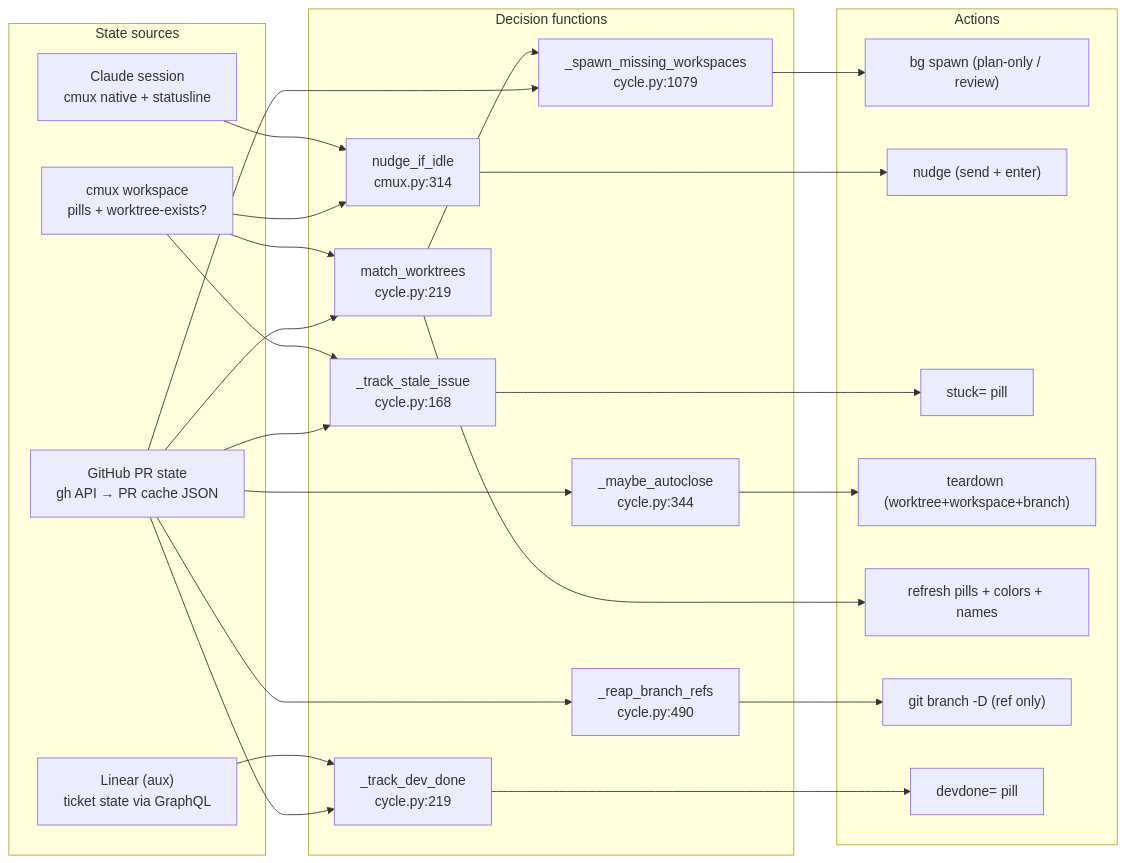
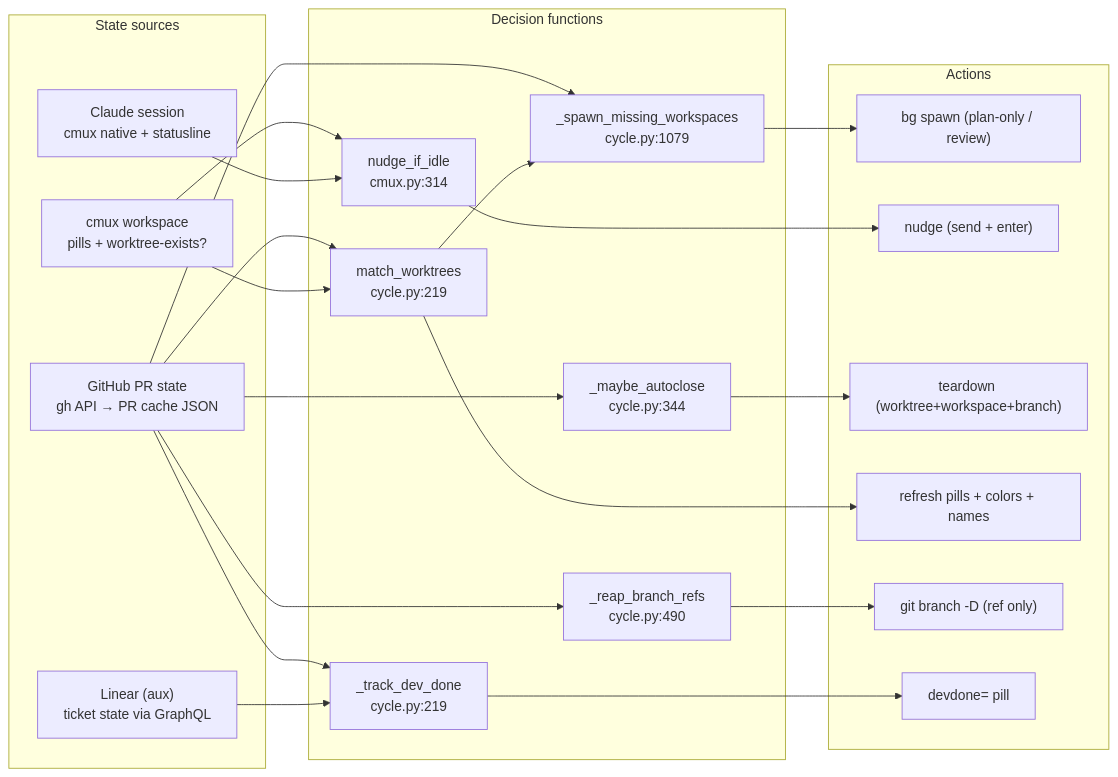
The first of 5 diagrams in docs/state-machine.md (khivi/cockpit), drawn with Mermaid before and after one commit. The commit also changed other lines of this file and 136 other files, not shown here.

````diff
--- a/docs/state-machine.md
+++ b/docs/state-machine.md
@@ -26,44 +26,41 @@
 ```mermaid
 flowchart LR
   subgraph SRC["State sources"]
     GH["GitHub PR state<br/>gh API → PR cache JSON"]
     CL["Claude session<br/>cmux native + statusline"]
     CM["cmux workspace<br/>pills + worktree-exists?"]
     LIN["Linear (aux)<br/>ticket state via GraphQL"]
   end
 
   subgraph DEC["Decision functions"]
     MW["match_worktrees<br/>cycle.py:219"]
     SM["_spawn_missing_workspaces<br/>cycle.py:1079"]
     NI["nudge_if_idle<br/>cmux.py:314"]
-    TS["_track_stale_issue<br/>cycle.py:168"]
     DD["_track_dev_done<br/>cycle.py:219"]
     AC["_maybe_autoclose<br/>cycle.py:344"]
     BR["_reap_branch_refs<br/>cycle.py:490"]
   end
 
   subgraph ACT["Actions"]
     A1["bg spawn (plan-only / review)"]
     A2["nudge (send + enter)"]
-    A3["stuck= pill"]
     A4["teardown (worktree+workspace+branch)"]
     A5["refresh pills + colors + names"]
     A6["git branch -D (ref only)"]
     A7["devdone= pill"]
   end
 
-  GH --> MW & SM & TS & AC & BR
+  GH --> MW & SM & AC & BR
   GH --> DD
-  CM --> MW & NI & TS
+  CM --> MW & NI
   CL --> NI
   LIN --> DD
 
   MW --> SM
   SM --> A1
   NI --> A2
-  TS --> A3
   AC --> A4
   MW --> A5
   BR --> A6
   DD --> A7
 ```
````
